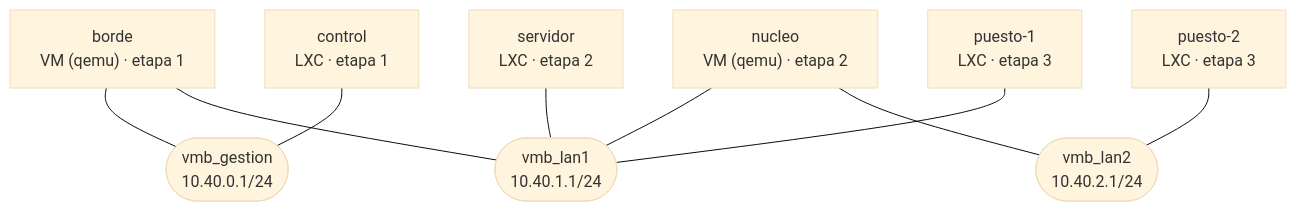
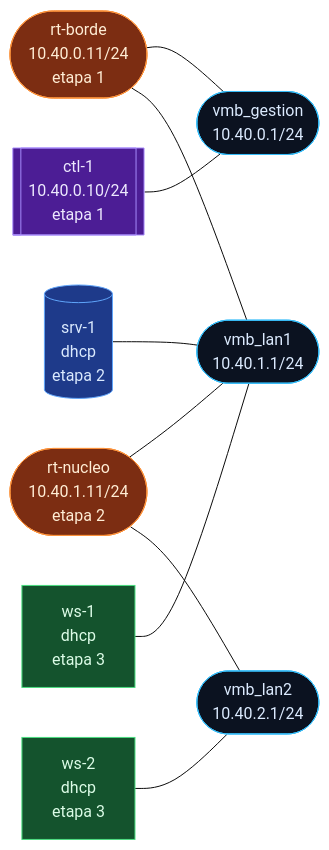
Before and after one commit to MagicJF/netlabs-iac: the diagram in labs/04_lab-red-routeros/04_lab-red-routeros.md, drawn with Mermaid (base theme). The commit also changed other lines of this file and 24 other files, not shown here.

````diff
--- a/labs/04_lab-red-routeros/04_lab-red-routeros.md
+++ b/labs/04_lab-red-routeros/04_lab-red-routeros.md
@@ -15,20 +15,28 @@
 ```mermaid
-graph TD
-    b_vmb_gestion(["vmb_gestion<br/>10.40.0.1/24"])
-    b_vmb_lan1(["vmb_lan1<br/>10.40.1.1/24"])
-    b_vmb_lan2(["vmb_lan2<br/>10.40.2.1/24"])
-    i_borde["borde<br/>VM (qemu) · etapa 1"]
+graph LR
+    classDef segmento fill:#0b1220,stroke:#38bdf8,color:#dbeafe;
+    classDef salida fill:#111827,stroke:#9ca3af,color:#e5e7eb,stroke-dasharray:4 3;
+    classDef rt fill:#7c2d12,stroke:#fb923c,color:#ffedd5;
+    classDef fw fill:#701a1a,stroke:#f87171,color:#fee2e2;
+    classDef sw fill:#134e4a,stroke:#2dd4bf,color:#ccfbf1;
+    classDef srv fill:#1e3a8a,stroke:#60a5fa,color:#dbeafe;
+    classDef ws fill:#14532d,stroke:#4ade80,color:#dcfce7;
+    classDef ctl fill:#4c1d95,stroke:#a78bfa,color:#ede9fe;
+    b_vmb_gestion(["vmb_gestion<br/>10.40.0.1/24"]):::segmento
+    b_vmb_lan1(["vmb_lan1<br/>10.40.1.1/24"]):::segmento
+    b_vmb_lan2(["vmb_lan2<br/>10.40.2.1/24"]):::segmento
+    i_borde(["rt-borde<br/>10.40.0.11/24<br/>etapa 1"]):::rt
     i_borde --- b_vmb_gestion
     i_borde --- b_vmb_lan1
-    i_control["control<br/>LXC · etapa 1"]
+    i_control[["ctl-1<br/>10.40.0.10/24<br/>etapa 1"]]:::ctl
     i_control --- b_vmb_gestion
-    i_nucleo["nucleo<br/>VM (qemu) · etapa 2"]
+    i_nucleo(["rt-nucleo<br/>10.40.1.11/24<br/>etapa 2"]):::rt
     i_nucleo --- b_vmb_lan1
     i_nucleo --- b_vmb_lan2
-    i_servidor["servidor<br/>LXC · etapa 2"]
+    i_servidor[("srv-1<br/>dhcp<br/>etapa 2")]:::srv
     i_servidor --- b_vmb_lan1
-    i_puesto_1["puesto-1<br/>LXC · etapa 3"]
+    i_puesto_1["ws-1<br/>dhcp<br/>etapa 3"]:::ws
     i_puesto_1 --- b_vmb_lan1
-    i_puesto_2["puesto-2<br/>LXC · etapa 3"]
+    i_puesto_2["ws-2<br/>dhcp<br/>etapa 3"]:::ws
     i_puesto_2 --- b_vmb_lan2
 ```
````
